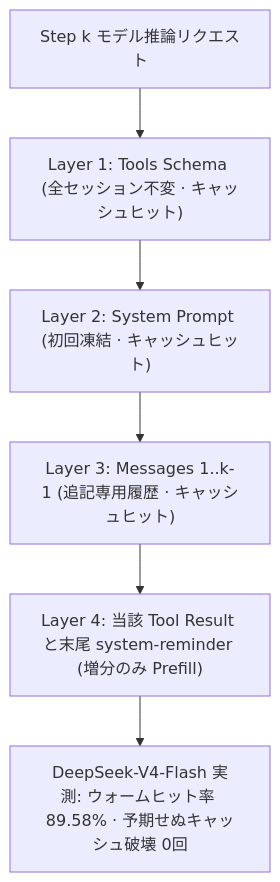
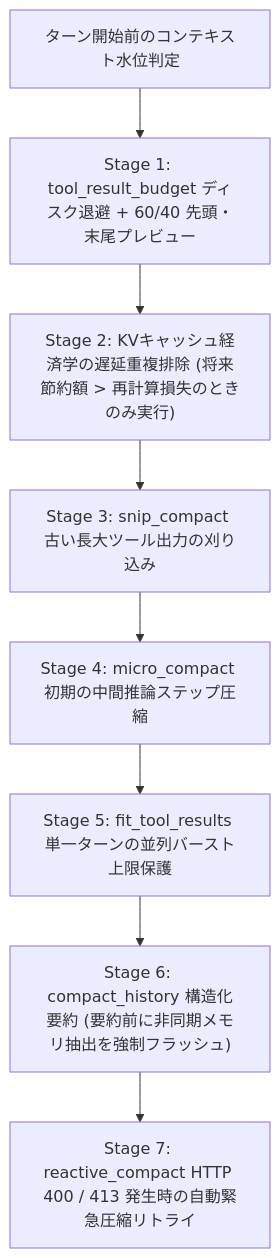
The second of 3 diagrams in docs/ja/architecture/memory-and-rag.md (HelmAgent/Helm_website), drawn with Mermaid before and after one commit. The commit also changed other lines of this file and 57 other files, not shown here.

Commit message:
docs(architecture): add detailed documentation for the 5-Tier Permission Sandbox, Zero-RTT Intent Engine, and Open Ecosystem; include core modules, empirical evidence, and interactive permission modes for enhanced clarity and functionality

````diff
--- a/docs/ja/architecture/memory-and-rag.md
+++ b/docs/ja/architecture/memory-and-rag.md
@@ -75,8 +42,10 @@
 ```mermaid
 flowchart TD
-  Req["Step k モデル推論リクエスト"] --> T1["Layer 1: Tools Schema (全セッション不変 · キャッシュヒット)"]
-  T1 --> T2["Layer 2: System Prompt (初回凍結 · キャッシュヒット)"]
-  T2 --> T3["Layer 3: Messages 1..k-1 (追記専用履歴 · キャッシュヒット)"]
-  T3 --> T4["Layer 4: 当該 Tool Result と末尾 system-reminder (増分のみ Prefill)"]
-  T4 --> Hit["DeepSeek-V4-Flash 実測: ウォームヒット率 89.58% · 予期せぬキャッシュ破壊 0回"]
+  Input["ターン開始前のコンテキスト水位判定"] --> S1["Stage 1: tool_result_budget ディスク退避 + 60/40 先頭・末尾プレビュー"]
+  S1 --> S2["Stage 2: KVキャッシュ経済学の遅延重複排除 (将来節約額 > 再計算損失のときのみ実行)"]
+  S2 --> S3["Stage 3: snip_compact 古い長大ツール出力の刈り込み"]
+  S3 --> S4["Stage 4: micro_compact 初期の中間推論ステップ圧縮"]
+  S4 --> S5["Stage 5: fit_tool_results 単一ターンの並列バースト上限保護"]
+  S5 --> S6["Stage 6: compact_history 構造化要約 (要約前に非同期メモリ抽出を強制フラッシュ)"]
+  S6 --> S7["Stage 7: reactive_compact HTTP 400 / 413 発生時の自動緊急圧縮リトライ"]
 ```
````
